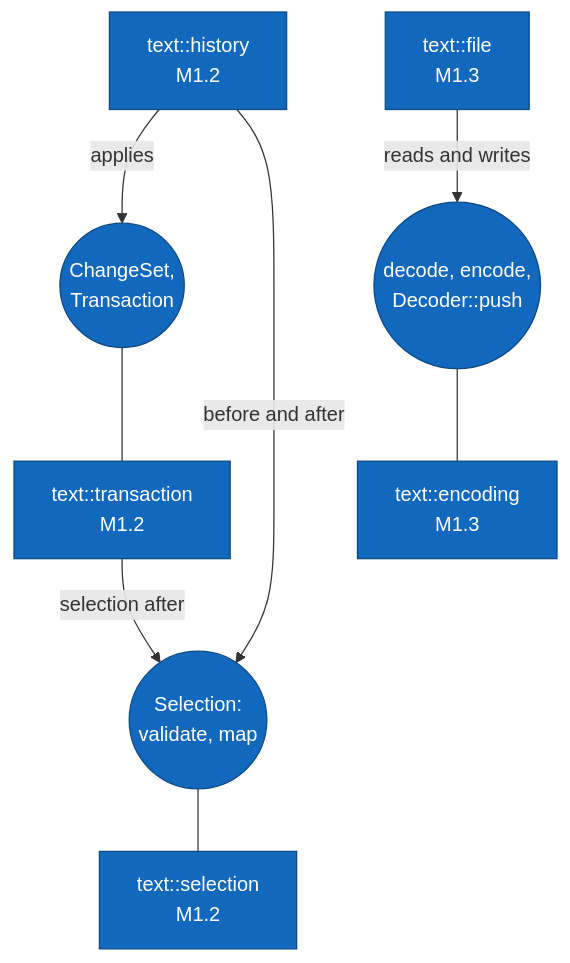
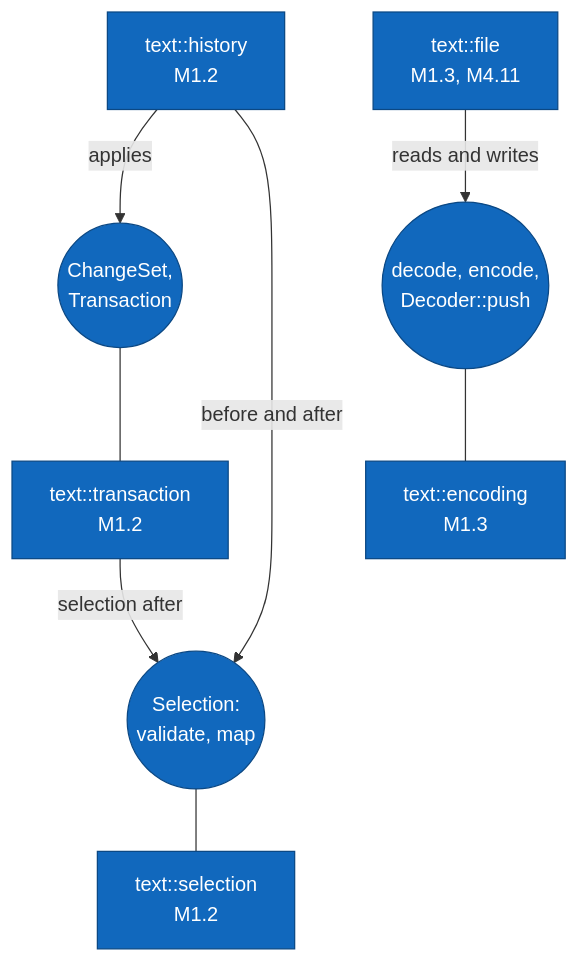
The sixth of 21 diagrams in diagrams/component-diagrams.md (jabbott-iii/Tidepool), drawn with Mermaid before and after one commit. The commit also changed other lines of this file and 50 other files, not shown here.

````diff
--- a/diagrams/component-diagrams.md
+++ b/diagrams/component-diagrams.md
@@ -405,22 +413,22 @@
 ```mermaid
 flowchart TB
     c_hist["text::history<br/>M1.2"]
-    c_file["text::file<br/>M1.3"]
+    c_file["text::file<br/>M1.3, M4.11"]
     i_tx(("ChangeSet,<br/>Transaction"))
     c_tx["text::transaction<br/>M1.2"]
     i_sel(("Selection:<br/>validate, map"))
     c_sel["text::selection<br/>M1.2"]
     i_enc(("decode, encode,<br/>Decoder::push"))
     c_enc["text::encoding<br/>M1.3"]
 
     c_hist -->|"applies"| i_tx
     c_hist -->|"before and after"| i_sel
     c_tx -->|"selection after"| i_sel
     c_file -->|"reads and writes"| i_enc
     i_tx --- c_tx
     i_sel --- c_sel
     i_enc --- c_enc
 
     classDef built fill:#1168bd,stroke:#0b4884,color:#ffffff
     class c_hist,c_file,c_tx,c_sel,c_enc,i_tx,i_sel,i_enc built
 ```
````
